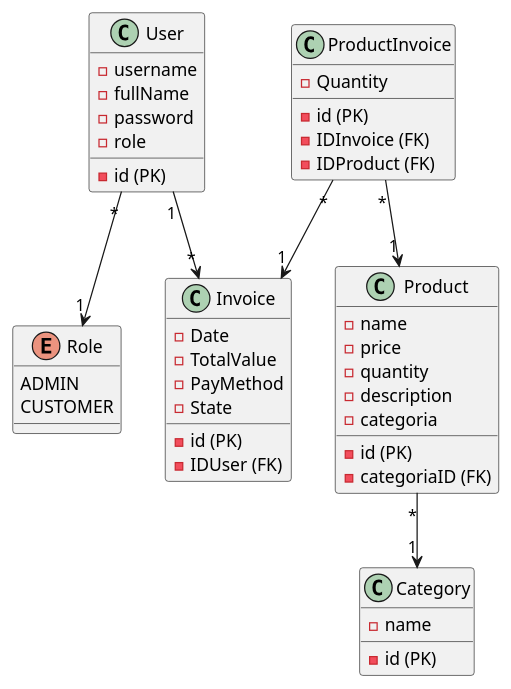
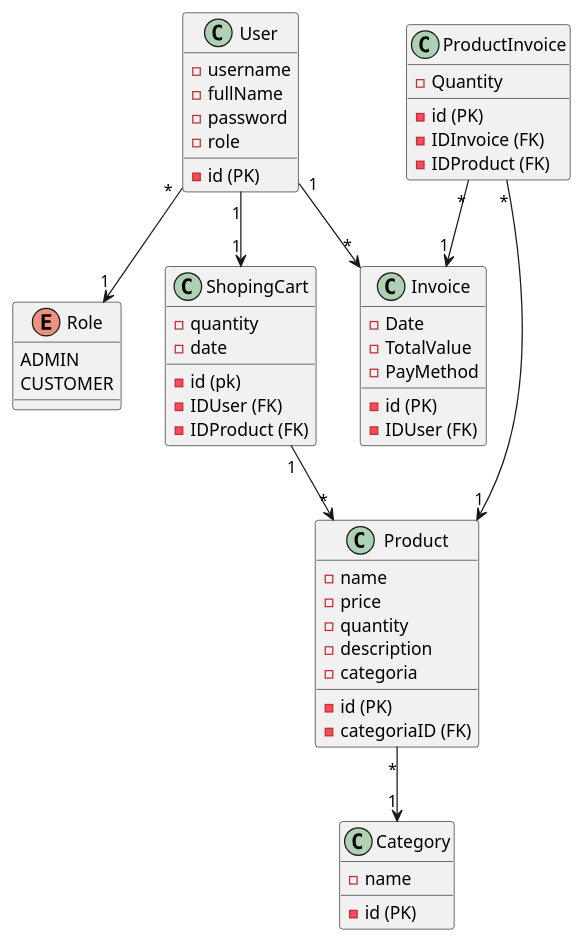
The diagram in produtoisapi/produtoisapi/Docs/DM.puml (RuiCost/SpringBootProductsAPI_Train), drawn with PlantUML before and after one commit. The commit also changed 79 other files, not shown here.

```diff
--- a/produtoisapi/produtoisapi/Docs/DM.puml
+++ b/produtoisapi/produtoisapi/Docs/DM.puml
@@ -1,66 +1,77 @@
 @startuml
 class User{
     -id (PK)
     -username
     -fullName
     -password
     -role
 }
 
 enum Role {
     ADMIN
     CUSTOMER
 
+}
+
+
+class ShopingCart {
+ - id (pk)
+ -IDUser (FK)
+ -IDProduct (FK)
+ - quantity
+ -date
 }
 
 
 
 class Product {
    -id (PK)
    -categoriaID (FK)
    -name
    -price
    -quantity
    -description
    -categoria
 }
 
 
 
 
 class Category {
     - id (PK)
     - name
 }
 
 class Invoice {
   - id (PK)
   - IDUser (FK)
   - Date
   - TotalValue
   - PayMethod
-  - State
+
 
 }
 
 class ProductInvoice {
  - id (PK)
  - IDInvoice (FK)
  - IDProduct (FK)
  - Quantity
 
 }
 
+User "1" --> "1" ShopingCart
 
+ShopingCart "1" --> "*" Product
 User "*" --> "1" Role
 User "1" --> "*" Invoice
 
 
 
 Product "*" --> "1" Category
 
 
 
 ProductInvoice "*" --> "1" Product
 ProductInvoice "*" --> "1" Invoice
 @enduml
```
